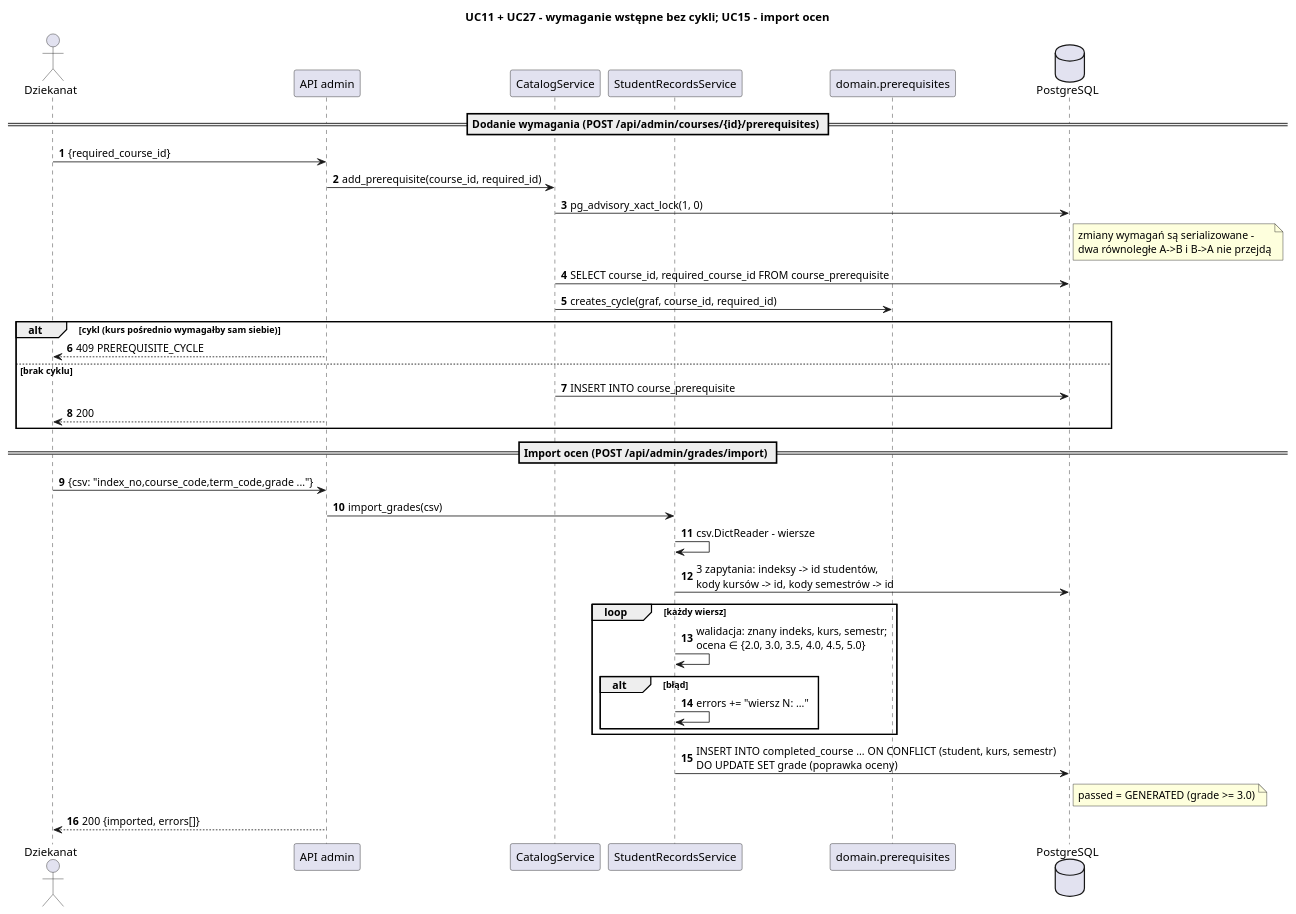
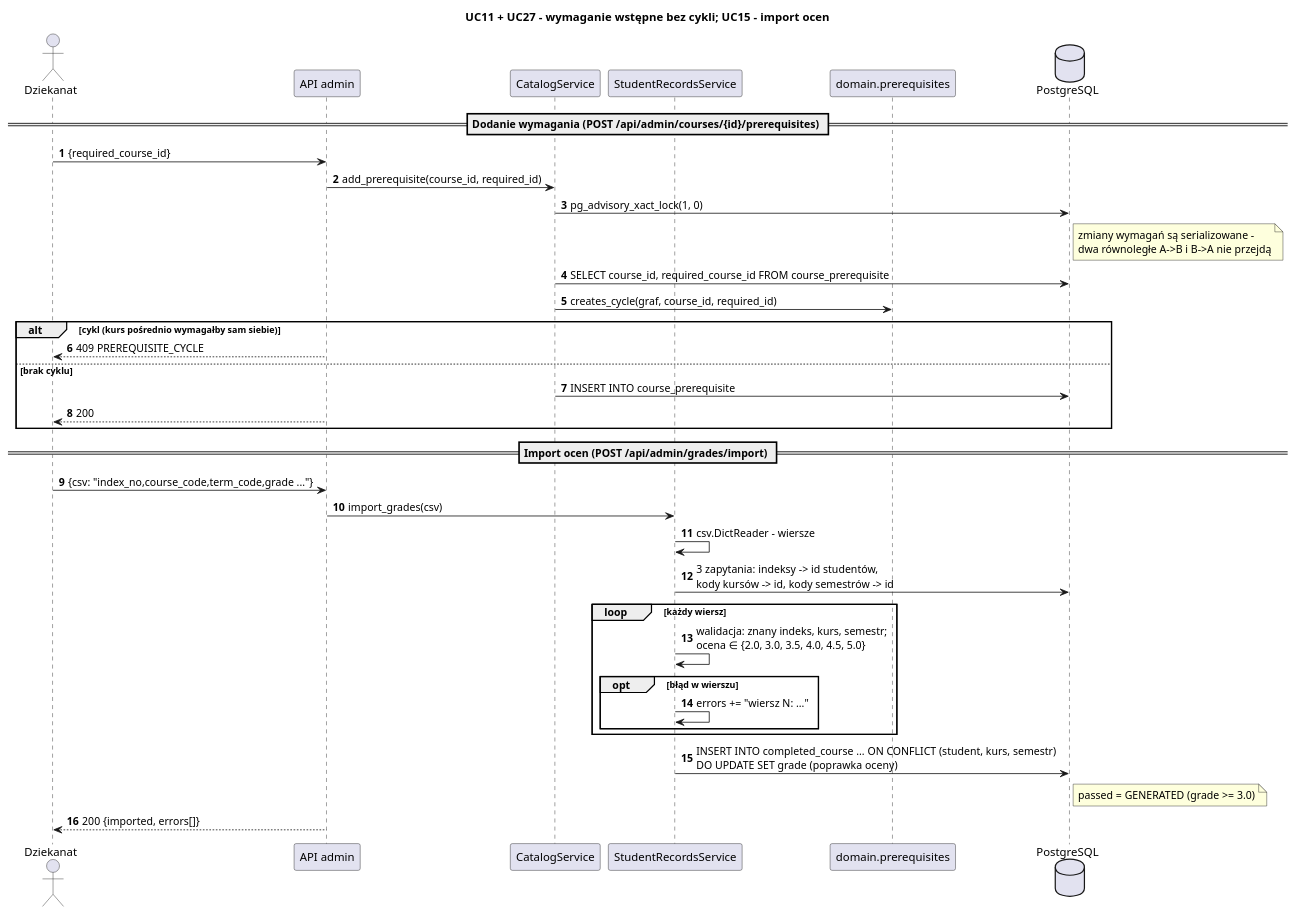
One commit to Husaria55/USOSv2 changed the diagram in etap3/diagramy/sekwencja_wymagania_import.puml. Above: the diagram before and after it, drawn with PlantUML. The commit also changed 22 other files, not shown here.

```diff
--- a/etap3/diagramy/sekwencja_wymagania_import.puml
+++ b/etap3/diagramy/sekwencja_wymagania_import.puml
@@ -1,42 +1,42 @@
 @startuml sekwencja_wymagania_import
 title UC11 + UC27 – wymaganie wstępne bez cykli;  UC15 – import ocen
 skinparam shadowing false
 skinparam sequenceMessageAlign left
 autonumber
 
 actor Dziekanat
 participant "API admin" as api
 participant "CatalogService" as cat
 participant "StudentRecordsService" as rec
 participant "domain.prerequisites" as dom
 database "PostgreSQL" as db
 
 == Dodanie wymagania (POST /api/admin/courses/{id}/prerequisites) ==
 Dziekanat -> api : {required_course_id}
 api -> cat : add_prerequisite(course_id, required_id)
 cat -> db : pg_advisory_xact_lock(1, 0)
 note right of db : zmiany wymagań są serializowane –\ndwa równoległe A->B i B->A nie przejdą
 cat -> db : SELECT course_id, required_course_id FROM course_prerequisite
 cat -> dom : creates_cycle(graf, course_id, required_id)
 alt cykl (kurs pośrednio wymagałby sam siebie)
   api --> Dziekanat : 409 PREREQUISITE_CYCLE
 else brak cyklu
   cat -> db : INSERT INTO course_prerequisite
   api --> Dziekanat : 200
 end
 
 == Import ocen (POST /api/admin/grades/import) ==
 Dziekanat -> api : {csv: "index_no,course_code,term_code,grade ..."}
 api -> rec : import_grades(csv)
 rec -> rec : csv.DictReader – wiersze
 rec -> db : 3 zapytania: indeksy -> id studentów,\nkody kursów -> id, kody semestrów -> id
 loop każdy wiersz
   rec -> rec : walidacja: znany indeks, kurs, semestr;\nocena ∈ {2.0, 3.0, 3.5, 4.0, 4.5, 5.0}
-  alt błąd
+  opt błąd w wierszu
     rec -> rec : errors += "wiersz N: ..."
   end
 end
 rec -> db : INSERT INTO completed_course ... ON CONFLICT (student, kurs, semestr)\nDO UPDATE SET grade (poprawka oceny)
 note right of db : passed = GENERATED (grade >= 3.0)
 api --> Dziekanat : 200 {imported, errors[]}
 @enduml
```
